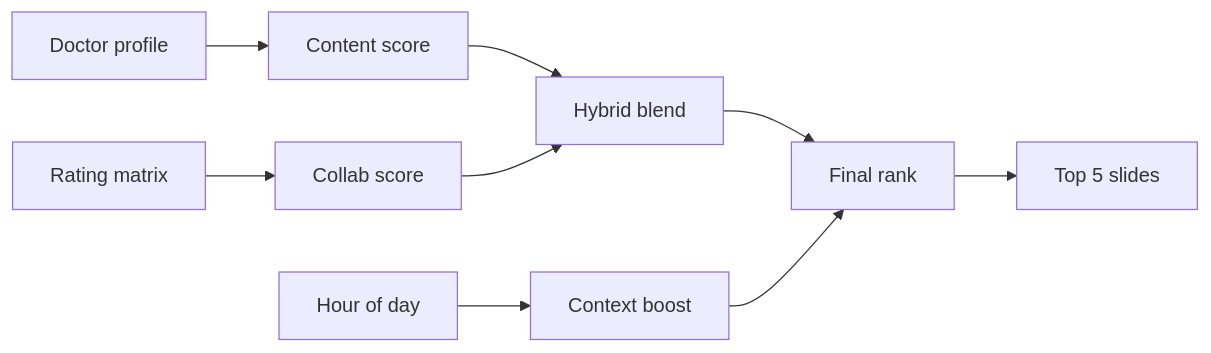
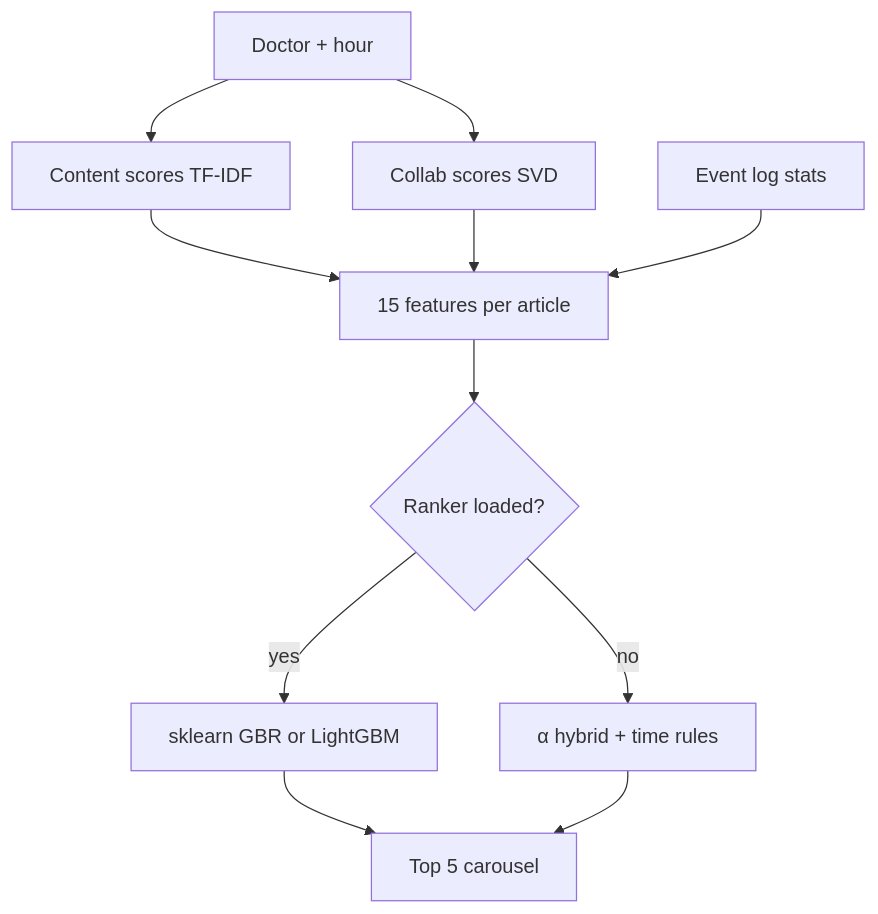
The diagram in README.md (wasimahmadpk/MedX), drawn with Mermaid before and after one commit. The commit also changed other lines of this file, not shown here.

First line of the commit message:
docs: refresh README for sklearn ranker, pipeline, and Vercel deploy

````diff
--- a/README.md
+++ b/README.md
@@ -198,11 +85,13 @@
 ```mermaid
-flowchart LR
-  A[Doctor profile] --> C[Content score]
-  B[Rating matrix] --> S[Collab score]
-  C --> H[Hybrid blend]
-  S --> H
-  T[Hour of day] --> X[Context boost]
-  H --> F[Final rank]
-  X --> F
-  F --> R[Top 5 slides]
+flowchart TD
+  A[Doctor + hour] --> B[Content scores TF-IDF]
+  A --> C[Collab scores SVD]
+  B --> D[15 features per article]
+  C --> D
+  E[Event log stats] --> D
+  D --> F{Ranker loaded?}
+  F -->|yes| G[sklearn GBR or LightGBM]
+  F -->|no| H[α hybrid + time rules]
+  G --> I[Top 5 carousel]
+  H --> I
 ```
````
